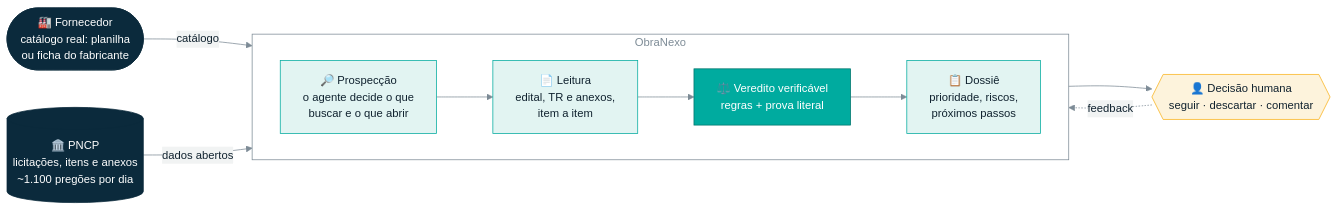
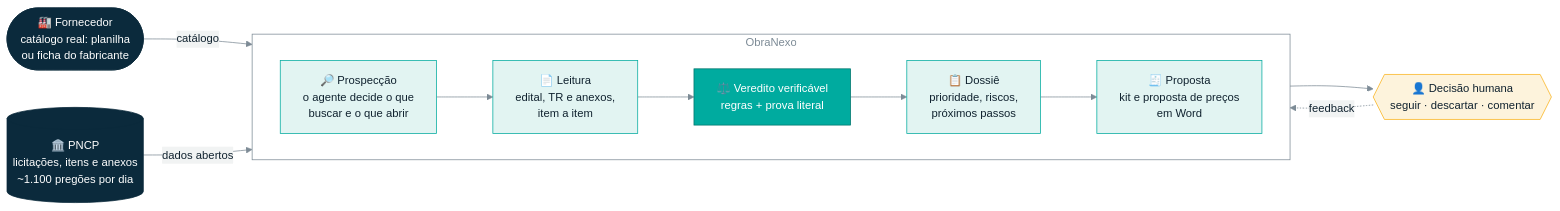
Before and after one commit to Omniamind-org/obranexo: the diagram in docs/diagrams/visao-geral.mmd, drawn with Mermaid. The commit also changed 14 other files, not shown here.

First line of the commit message:
docs(readme): coerência entre descoberta, custo, fases e kit da proposta

```diff
--- a/docs/diagrams/visao-geral.mmd
+++ b/docs/diagrams/visao-geral.mmd
@@ -1,20 +1,21 @@
-%%{init: {'theme':'base','themeVariables':{'primaryColor':'#e2f4f2','primaryTextColor':'#10222f','primaryBorderColor':'#00ab9f','lineColor':'#7d8b96','edgeLabelBackground':'#f1f3f3','fontFamily':'Plus Jakarta Sans, Segoe UI, sans-serif','fontSize':'15px','clusterBkg':'transparent','clusterBorder':'#7d8b96','titleColor':'#7d8b96'}}}%%
+%%{init: {'theme':'base','themeVariables':{'primaryColor':'#e2f4f2','primaryTextColor':'#10222f','primaryBorderColor':'#00ab9f','lineColor':'#7d8b96','edgeLabelBackground':'#f1f3f3','fontSize':'15px','clusterBkg':'transparent','clusterBorder':'#7d8b96','titleColor':'#7d8b96'}}}%%
 flowchart LR
   F([🏭 Fornecedor<br/>catálogo real: planilha<br/>ou ficha do fabricante]):::nav
   P[(🏛️ PNCP<br/>licitações, itens e anexos<br/>~1.100 pregões por dia)]:::nav
   subgraph ON[" ObraNexo "]
     direction LR
     A1[🔎 Prospecção<br/>o agente decide o que<br/>buscar e o que abrir]:::ag
     A2[📄 Leitura<br/>edital, TR e anexos,<br/>item a item]:::ag
     A3[⚖️ Veredito verificável<br/>regras + prova literal]:::core
     A4[📋 Dossiê<br/>prioridade, riscos,<br/>próximos passos]:::ag
-    A1 --> A2 --> A3 --> A4
+    A5[🧾 Proposta<br/>kit e proposta de preços<br/>em Word]:::ag
+    A1 --> A2 --> A3 --> A4 --> A5
   end
   F -- catálogo --> ON
   P -- dados abertos --> ON
   ON --> H{{👤 Decisão humana<br/>seguir · descartar · comentar}}:::hum
   H -. feedback .-> ON
   classDef nav fill:#0b2a3c,stroke:#0b2a3c,color:#ffffff
   classDef ag fill:#e2f4f2,stroke:#00ab9f,color:#10222f
   classDef core fill:#00ab9f,stroke:#00756c,color:#ffffff
   classDef hum fill:#fdf3dc,stroke:#fab219,color:#10222f
```
